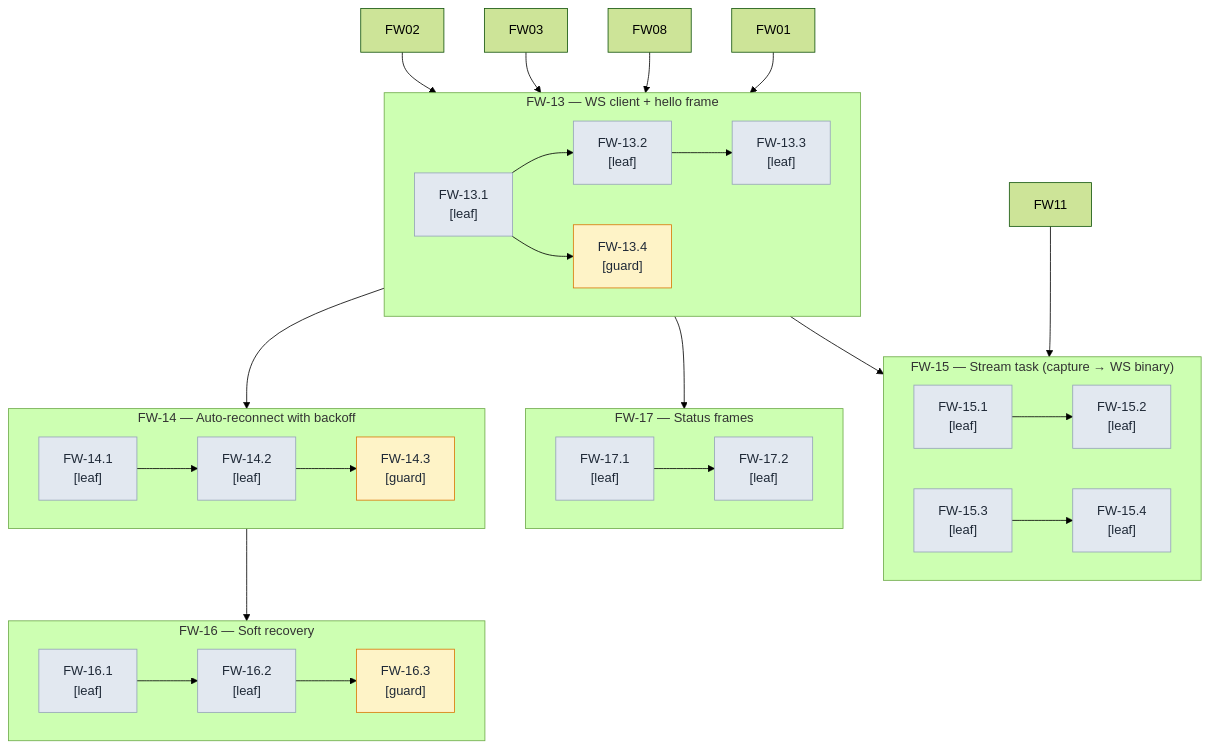
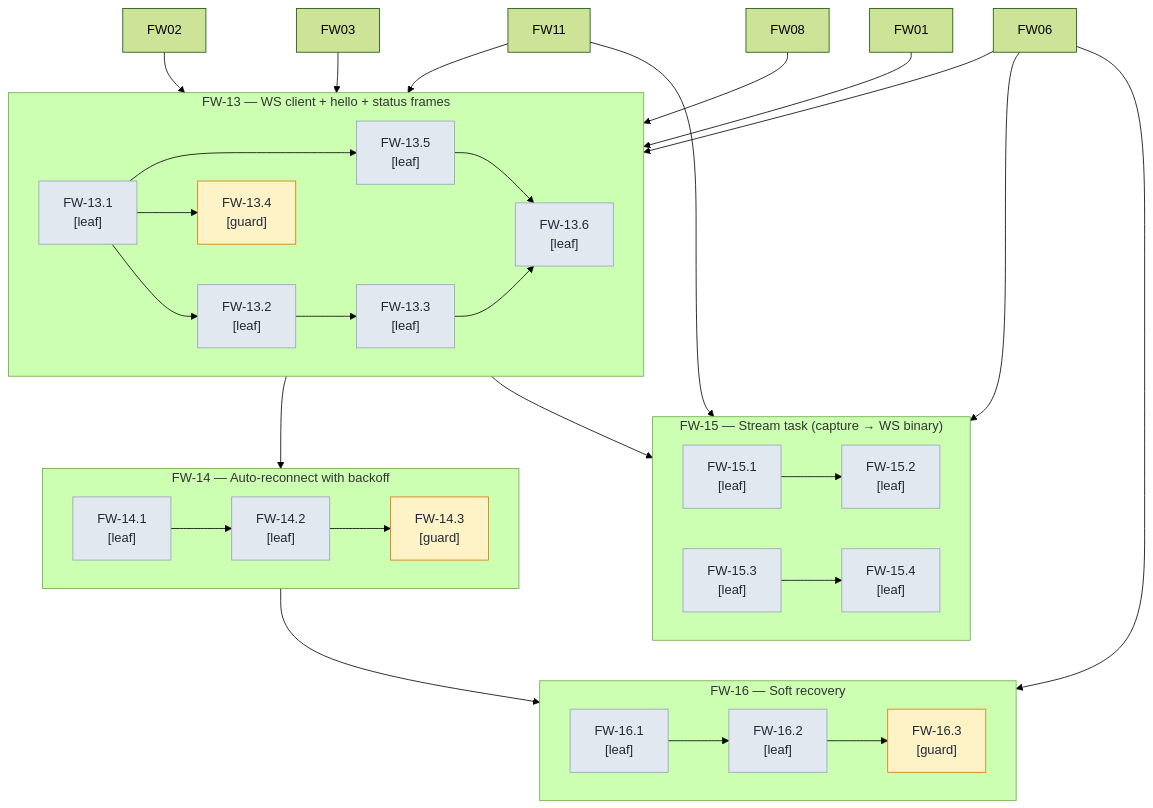
The sixth of 8 diagrams in docs/firmware-milestones.md (witsaba/esp32-cam-surveillance), drawn with Mermaid (forest theme) before and after one commit. The commit also changed other lines of this file, not shown here.

First line of the commit message:
docs(milestones): rescope task graph 23 -> 19 milestones per decomposition discipline

````diff
--- a/docs/firmware-milestones.md
+++ b/docs/firmware-milestones.md
@@ -894,69 +880,72 @@
 ```mermaid
 flowchart TB
-  subgraph FW13 ["FW-13 — WS client + hello frame"]
+  subgraph FW13 ["FW-13 — WS client + hello + status frames"]
     FW13_1["FW-13.1<br/>[leaf]"]
     FW13_2["FW-13.2<br/>[leaf]"]
     FW13_3["FW-13.3<br/>[leaf]"]
     FW13_4["FW-13.4<br/>[guard]"]
+    FW13_5["FW-13.5<br/>[leaf]"]
+    FW13_6["FW-13.6<br/>[leaf]"]
     FW13_1 --> FW13_2
     FW13_2 --> FW13_3
     FW13_1 --> FW13_4
+    FW13_1 --> FW13_5
+    FW13_5 --> FW13_6
+    FW13_3 --> FW13_6
   end
   subgraph FW14 ["FW-14 — Auto-reconnect with backoff"]
     FW14_1["FW-14.1<br/>[leaf]"]
     FW14_2["FW-14.2<br/>[leaf]"]
     FW14_3["FW-14.3<br/>[guard]"]
     FW14_1 --> FW14_2
     FW14_2 --> FW14_3
   end
   subgraph FW15 ["FW-15 — Stream task (capture → WS binary)"]
     FW15_1["FW-15.1<br/>[leaf]"]
     FW15_2["FW-15.2<br/>[leaf]"]
     FW15_3["FW-15.3<br/>[leaf]"]
     FW15_4["FW-15.4<br/>[leaf]"]
     FW15_1 --> FW15_2
     FW15_3 --> FW15_4
   end
   subgraph FW16 ["FW-16 — Soft recovery"]
     FW16_1["FW-16.1<br/>[leaf]"]
     FW16_2["FW-16.2<br/>[leaf]"]
     FW16_3["FW-16.3<br/>[guard]"]
     FW16_1 --> FW16_2
     FW16_2 --> FW16_3
   end
-  subgraph FW17 ["FW-17 — Status frames"]
-    FW17_1["FW-17.1<br/>[leaf]"]
-    FW17_2["FW-17.2<br/>[leaf]"]
-    FW17_1 --> FW17_2
-  end
   FW02 --> FW13
   FW03 --> FW13
   FW08 --> FW13
+  FW11 --> FW13
+  FW06 --> FW13
   FW13 --> FW14
-  FW13 --> FW17
   FW11 --> FW15
   FW13 --> FW15
+  FW06 --> FW15
   FW14 --> FW16
+  FW06 --> FW16
   FW01 --> FW13
   classDef leaf fill:#e2e8f0,stroke:#94a3b8,color:#1f2937
   classDef guard fill:#fef3c7,stroke:#d97706,color:#1f2937
   classDef decision fill:#ede9fe,stroke:#8b5cf6,color:#1f2937
   classDef mechanical fill:#f1f5f9,stroke:#cbd5e1,color:#1f2937
   classDef compound fill:#ccfbf1,stroke:#14b8a6,color:#1f2937
   class FW13_1 leaf
   class FW13_2 leaf
   class FW13_3 leaf
   class FW13_4 guard
+  class FW13_5 leaf
+  class FW13_6 leaf
   class FW14_1 leaf
   class FW14_2 leaf
   class FW14_3 guard
   class FW15_1 leaf
   class FW15_2 leaf
   class FW15_3 leaf
   class FW15_4 leaf
   class FW16_1 leaf
   class FW16_2 leaf
   class FW16_3 guard
-  class FW17_1 leaf
-  class FW17_2 leaf
 ```
````
